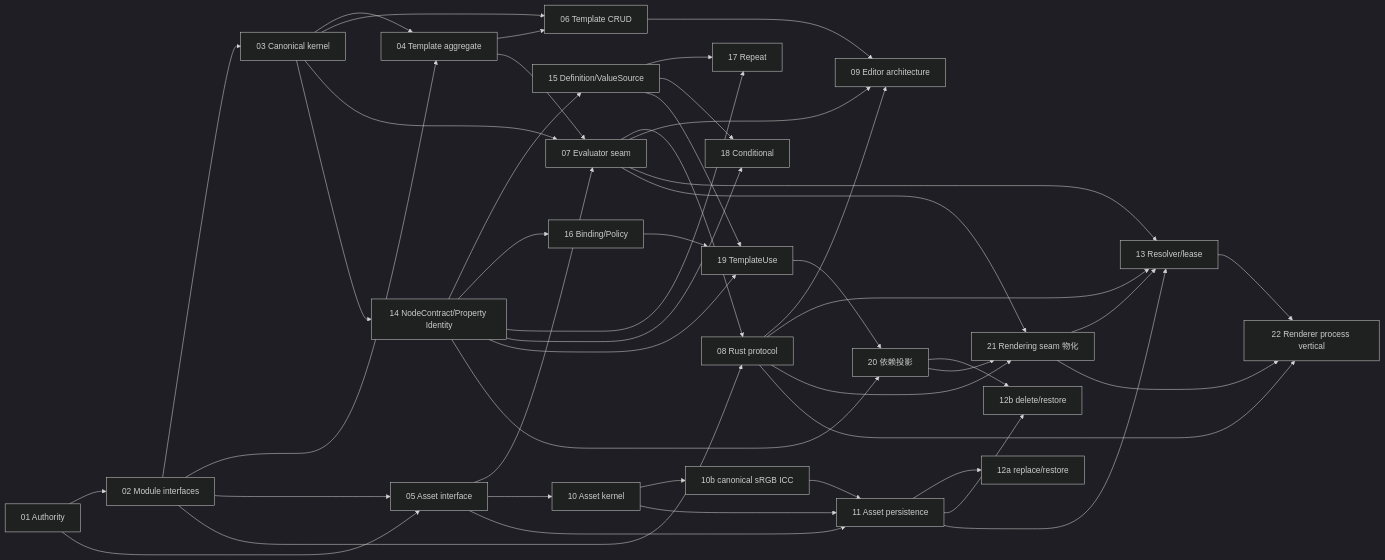
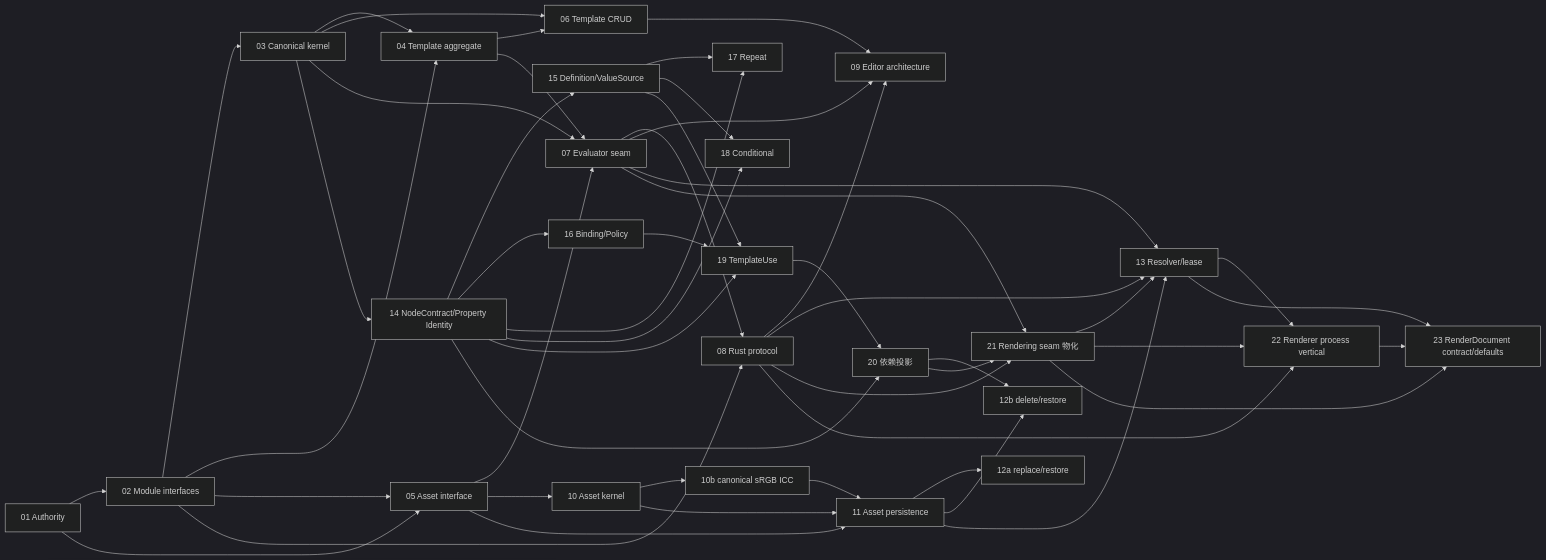
Before and after one commit to yiwer/RenderWeave: the diagram in plans/renderweave-template-v1-plan.md, drawn with Mermaid (dark theme). The commit also changed other lines of this file and 26 other files, not shown here.

Commit message:
feat(rendering): freeze exact render document handoff

````diff
--- a/plans/renderweave-template-v1-plan.md
+++ b/plans/renderweave-template-v1-plan.md
@@ -67,49 +69,52 @@
 ```mermaid
 flowchart LR
   T01[01 Authority] --> T02[02 Module interfaces]
   T01 --> T05[05 Asset interface]
   T02 --> T03[03 Canonical kernel]
   T02 --> T04[04 Template aggregate]
   T02 --> T05
   T03 --> T04
   T03 --> T06[06 Template CRUD]
   T04 --> T06
   T03 --> T07[07 Evaluator seam]
   T04 --> T07
   T05 --> T07
   T02 --> T08[08 Rust protocol]
   T07 --> T08
   T06 --> T09[09 Editor architecture]
   T07 --> T09
   T08 --> T09
   T05 --> T10[10 Asset kernel]
   T05 --> T11[11 Asset persistence]
   T10 --> T10b[10b canonical sRGB ICC]
   T10 --> T11
   T10b --> T11
   T11 --> T12a[12a replace/restore]
   T11 --> T12b[12b delete/restore]
   T11 --> T13[13 Resolver/lease]
   T07 --> T13
   T08 --> T13
   T03 --> T14[14 NodeContract/Property Identity]
   T14 --> T15[15 Definition/ValueSource]
   T14 --> T16[16 Binding/Policy]
   T14 --> T17[17 Repeat]
   T14 --> T18[18 Conditional]
   T15 --> T17
   T15 --> T18
   T14 --> T19[19 TemplateUse]
   T15 --> T19
   T16 --> T19
   T14 --> T20[20 依赖投影]
   T19 --> T20
   T20 --> T12b
   T07 --> T21[21 Rendering seam 物化]
   T08 --> T21
   T20 --> T21
   T21 --> T13
   T08 --> T22[22 Renderer process vertical]
   T13 --> T22
   T21 --> T22
+  T13 --> T23[23 RenderDocument contract/defaults]
+  T21 --> T23
+  T22 --> T23
 ```
````
